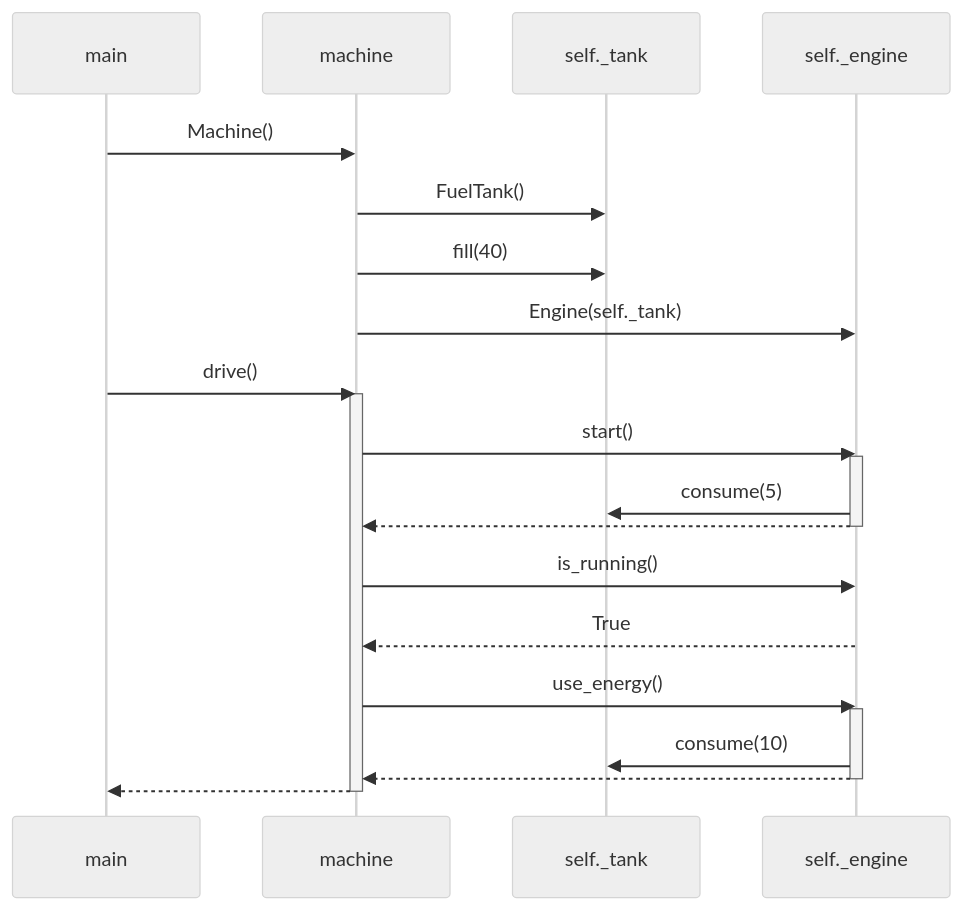
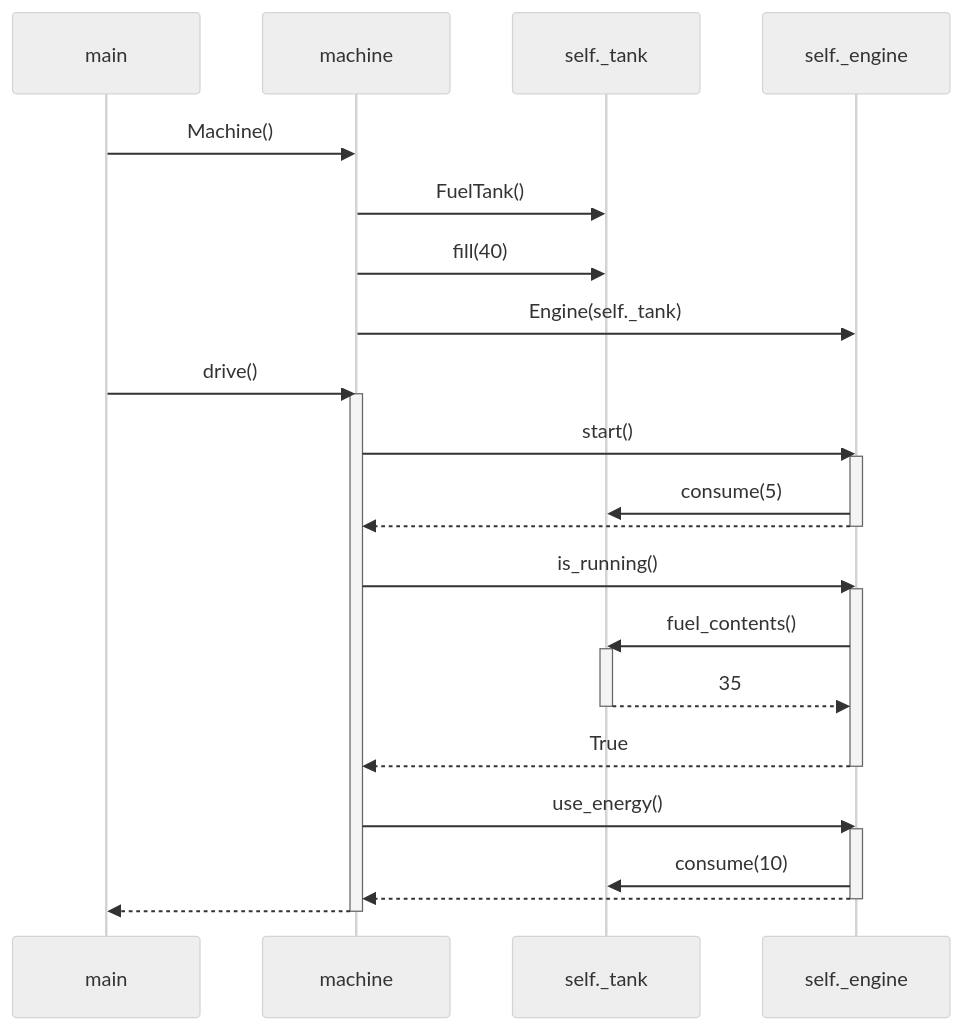
Before and after one commit to Regularmute/ot-harjoitustyo: the diagram in laskarit/viikko3/machinesekvenssikaavio.md, drawn with Mermaid (neutral theme).

Commit message:
docs(laskarit, task3): add missing parameter call

````diff
--- a/laskarit/viikko3/machinesekvenssikaavio.md
+++ b/laskarit/viikko3/machinesekvenssikaavio.md
@@ -1,25 +1,32 @@
 ```mermaid
   sequenceDiagram
     main ->> machine: Machine()
     machine ->> self._tank: FuelTank()
     machine ->> self._tank: fill(40)
     machine ->> self._engine: Engine(self._tank)
 
     main ->> machine: drive()
     activate machine
     machine ->> self._engine: start()
     activate self._engine
     self._engine ->> self._tank: consume(5)
     self._engine -->> machine: 
     deactivate self._engine
     machine ->> self._engine: is_running()
+
+    activate self._engine
+    self._engine ->> self._tank: fuel_contents()
+    activate self._tank
+    self._tank -->> self._engine: 35
+    deactivate self._tank
     self._engine -->> machine: True
+    deactivate self._engine
 
     machine ->> self._engine: use_energy()
     activate self._engine
     self._engine ->> self._tank: consume(10)
     self._engine -->> machine: 
     deactivate self._engine
     machine -->> main: 
     deactivate machine
 ```
````
